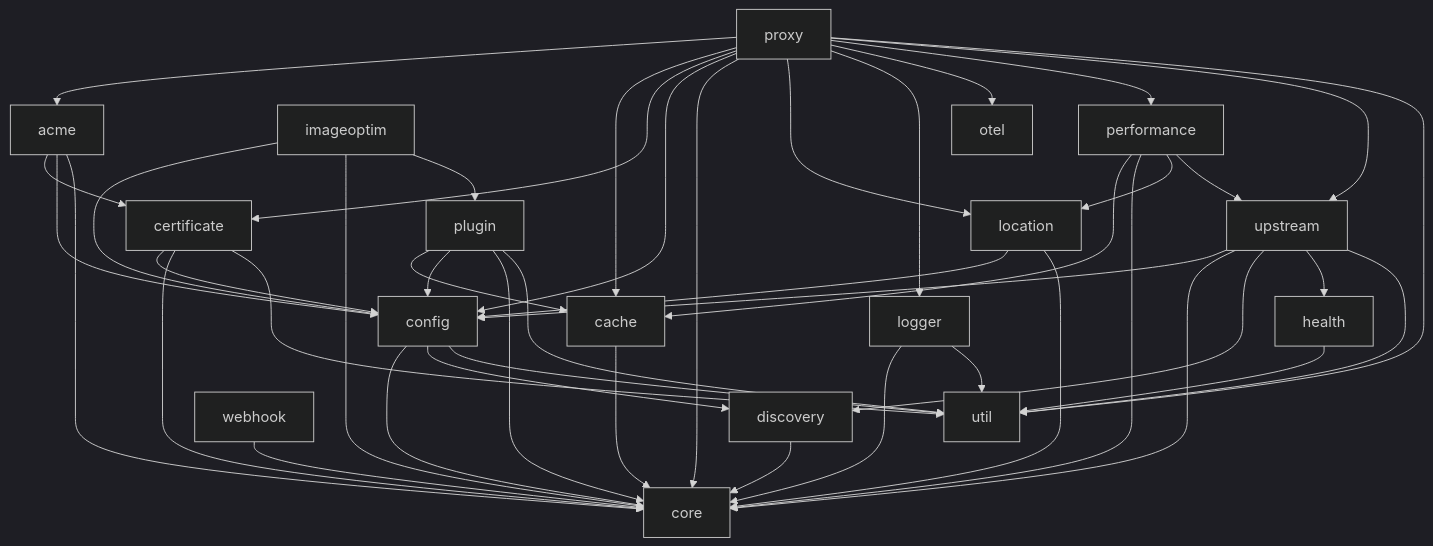
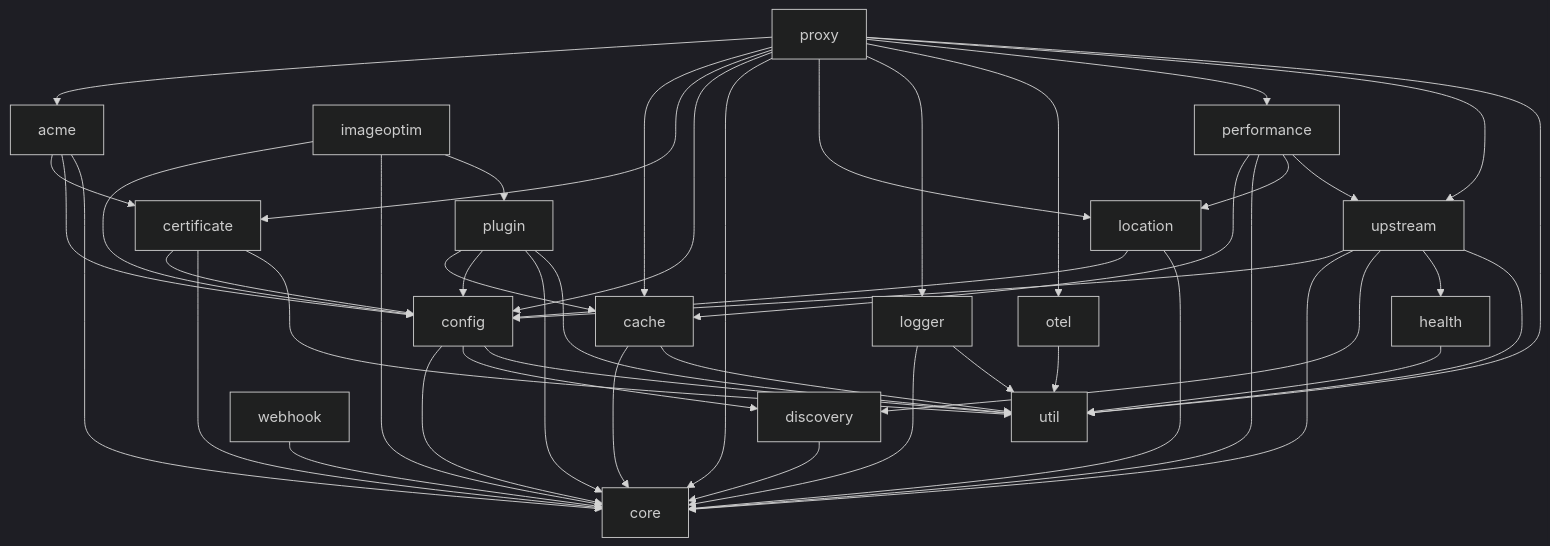
Before and after one commit to vicanso/pingap: the diagram in docs/modules.md, drawn with Mermaid (dark theme). The commit also changed 50 other files, not shown here.

````diff
--- a/docs/modules.md
+++ b/docs/modules.md
@@ -23,60 +23,63 @@
 ```mermaid
 graph TD
     acme --> certificate
     acme --> config
     acme --> core
 
     cache --> core
+    cache --> util
 
     certificate --> config
     certificate --> core
     certificate --> util
 
     config --> core
     config --> discovery
     config --> util
 
     discovery --> core
 
     health --> util
 
     imageoptim --> config
     imageoptim --> core
     imageoptim --> plugin
 
     location --> config
     location --> core
 
     logger --> core
     logger --> util
+
+    otel --> util
 
     performance --> cache
     performance --> core
     performance --> location
     performance --> upstream
 
     plugin --> cache
     plugin --> config
     plugin --> core
     plugin --> util
 
     proxy --> acme
     proxy --> cache
     proxy --> certificate
     proxy --> config
     proxy --> core
     proxy --> location
     proxy --> logger
     proxy --> otel
     proxy --> performance
     proxy --> upstream
     proxy --> util
 
     upstream --> config
     upstream --> core
     upstream --> discovery
     upstream --> health
     upstream --> util
 
     webhook --> core
 ```
````
